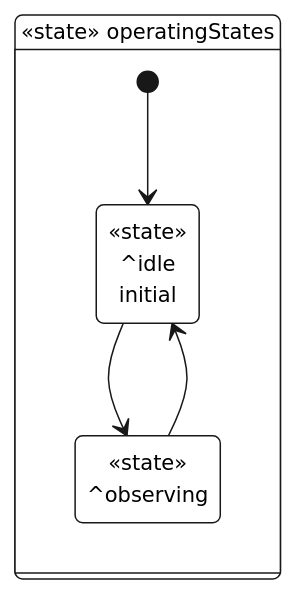
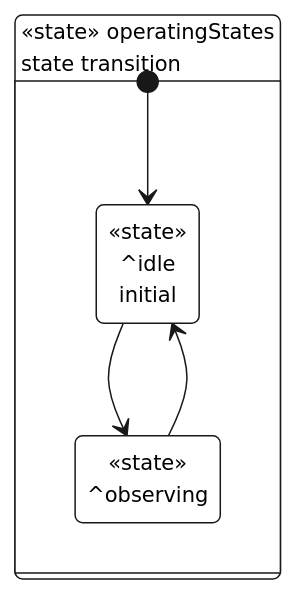
The second of 2 diagrams in internal/doc/docrender/testdata/telescope_report.golden.md (Open-MBEE/OpenSysML), drawn with Mermaid before and after one commit. The commit also changed 25 other files, not shown here.

````diff
--- a/internal/doc/docrender/testdata/telescope_report.golden.md
+++ b/internal/doc/docrender/testdata/telescope_report.golden.md
@@ -126,42 +126,42 @@
 ```mermaid
 ---
 config:
   fontFamily: "Helvetica, Arial, sans-serif"
   theme: base
   themeVariables:
     fontFamily: "Helvetica, Arial, sans-serif"
     fontSize: "14px"
     primaryColor: "#FFFFFF"
     secondaryColor: "#FFFFFF"
     tertiaryColor: "#FFFFFF"
     background: "#FFFFFF"
     primaryBorderColor: "#181818"
     primaryTextColor: "#000000"
     lineColor: "#181818"
     textColor: "#000000"
     noteBkgColor: "#FEFFDD"
     noteBorderColor: "#181818"
     noteTextColor: "#000000"
     stateBkg: "#FFFFFF"
     stateBorder: "#181818"
     stateLabelColor: "#000000"
     compositeBackground: "#FFFFFF"
     compositeBorder: "#181818"
     compositeTitleBackground: "#FFFFFF"
     compositeTitleBorder: "#181818"
     transitionColor: "#181818"
     transitionLabelColor: "#000000"
     labelBackgroundColor: "#FFFFFF"
     specialStateColor: "#181818"
 ---
 %% state rendering (the diagram states kind "state")
 stateDiagram-v2
   direction LR
-  state "«state» operatingStates" as n0 {
+  state "«state» operatingStates<br>state transition" as n0 {
     state "«state»<br>^idle<br>initial" as n1
     state "«state»<br>^observing" as n2
     [*] --> n1
   }
   n1 --> n2
   n2 --> n1
 ```
````
